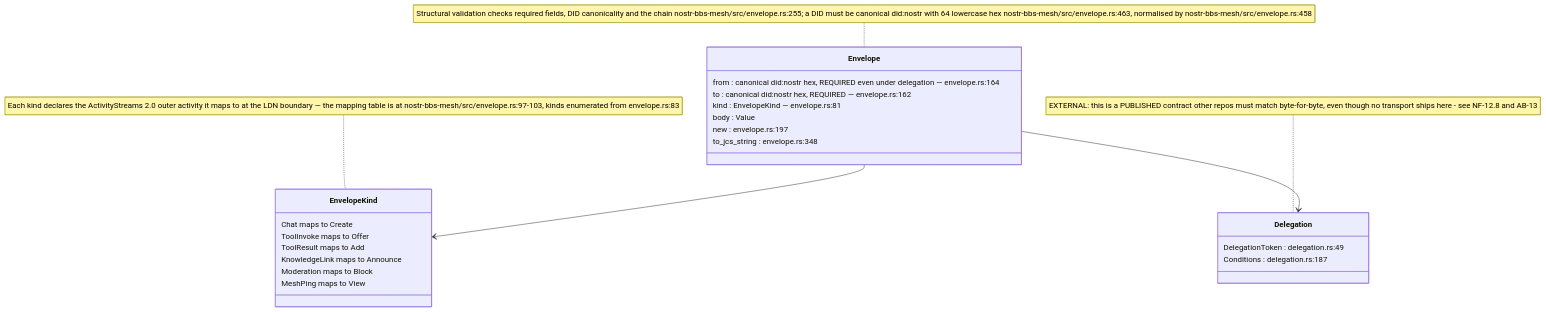
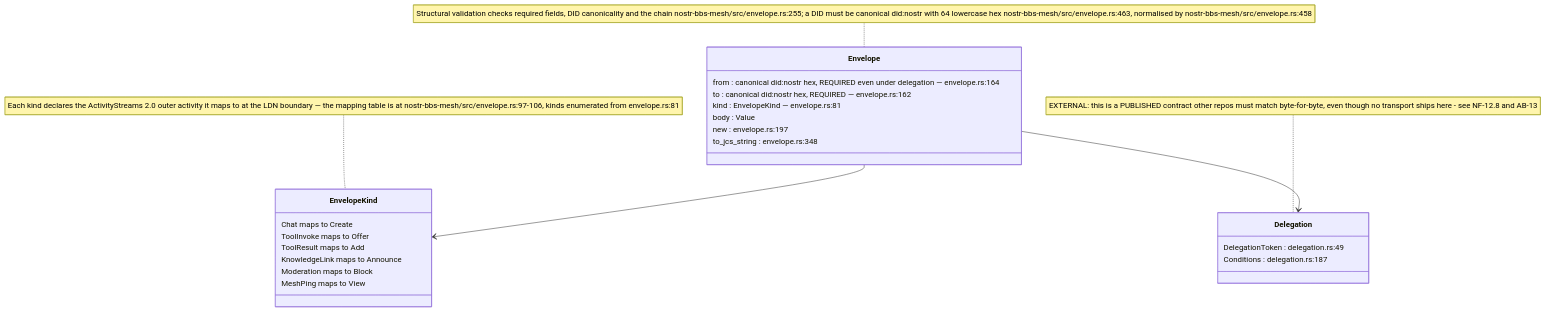
The seventh of 10 diagrams in docs/diagrams/nostr-rust-forum/12-core-wire-crypto-and-federation-envelope.md (DreamLab-AI/VisionFlow), drawn with Mermaid before and after one commit. The commit also changed other lines of this file and 94 other files, not shown here.

First line of the commit message:
docs(diagrams): re-verify 130 topics against 2 October HEADs

````diff
--- a/docs/diagrams/nostr-rust-forum/12-core-wire-crypto-and-federation-envelope.md
+++ b/docs/diagrams/nostr-rust-forum/12-core-wire-crypto-and-federation-envelope.md
@@ -235,29 +236,29 @@
 ```mermaid
 classDiagram
     class Envelope {
         from : canonical did:nostr hex, REQUIRED even under delegation — envelope.rs:164
         to : canonical did:nostr hex, REQUIRED — envelope.rs:162
         kind : EnvelopeKind — envelope.rs:81
         body : Value
         new : envelope.rs:197
         to_jcs_string : envelope.rs:348
     }
     class EnvelopeKind {
         Chat maps to Create
         ToolInvoke maps to Offer
         ToolResult maps to Add
         KnowledgeLink maps to Announce
         Moderation maps to Block
         MeshPing maps to View
     }
     class Delegation {
         DelegationToken : delegation.rs:49
         Conditions : delegation.rs:187
     }
     Envelope --> EnvelopeKind
     Envelope --> Delegation
 
-    note for EnvelopeKind "Each kind declares the ActivityStreams 2.0 outer activity it maps to at the LDN boundary — the mapping table is at nostr-bbs-mesh/src/envelope.rs:97-103, kinds enumerated from envelope.rs:83"
+    note for EnvelopeKind "Each kind declares the ActivityStreams 2.0 outer activity it maps to at the LDN boundary — the mapping table is at nostr-bbs-mesh/src/envelope.rs:97-106, kinds enumerated from envelope.rs:81"
     note for Envelope "Structural validation checks required fields, DID canonicality and the chain nostr-bbs-mesh/src/envelope.rs:255; a DID must be canonical did:nostr with 64 lowercase hex nostr-bbs-mesh/src/envelope.rs:463, normalised by nostr-bbs-mesh/src/envelope.rs:458"
     note for Delegation "EXTERNAL: this is a PUBLISHED contract other repos must match byte-for-byte, even though no transport ships here - see NF-12.8 and AB-13"
 ```
````
